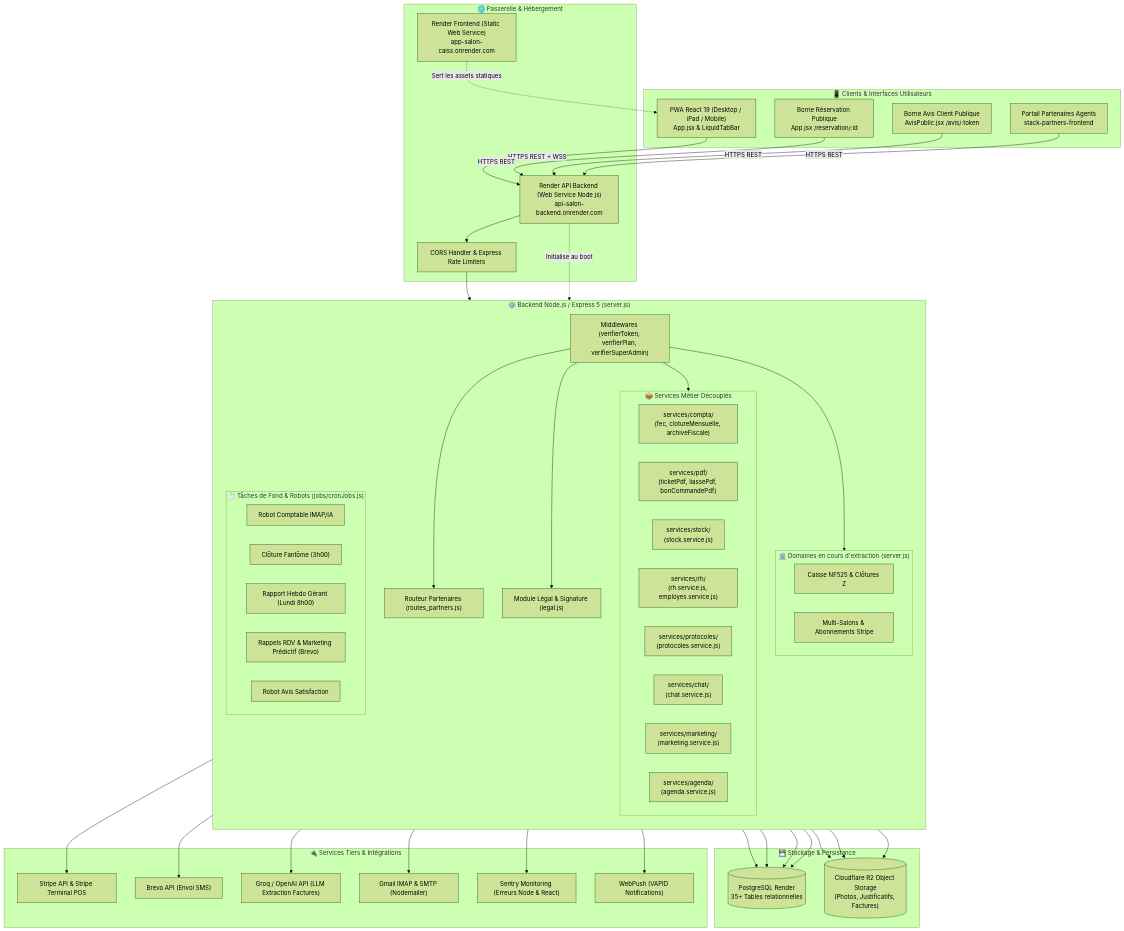
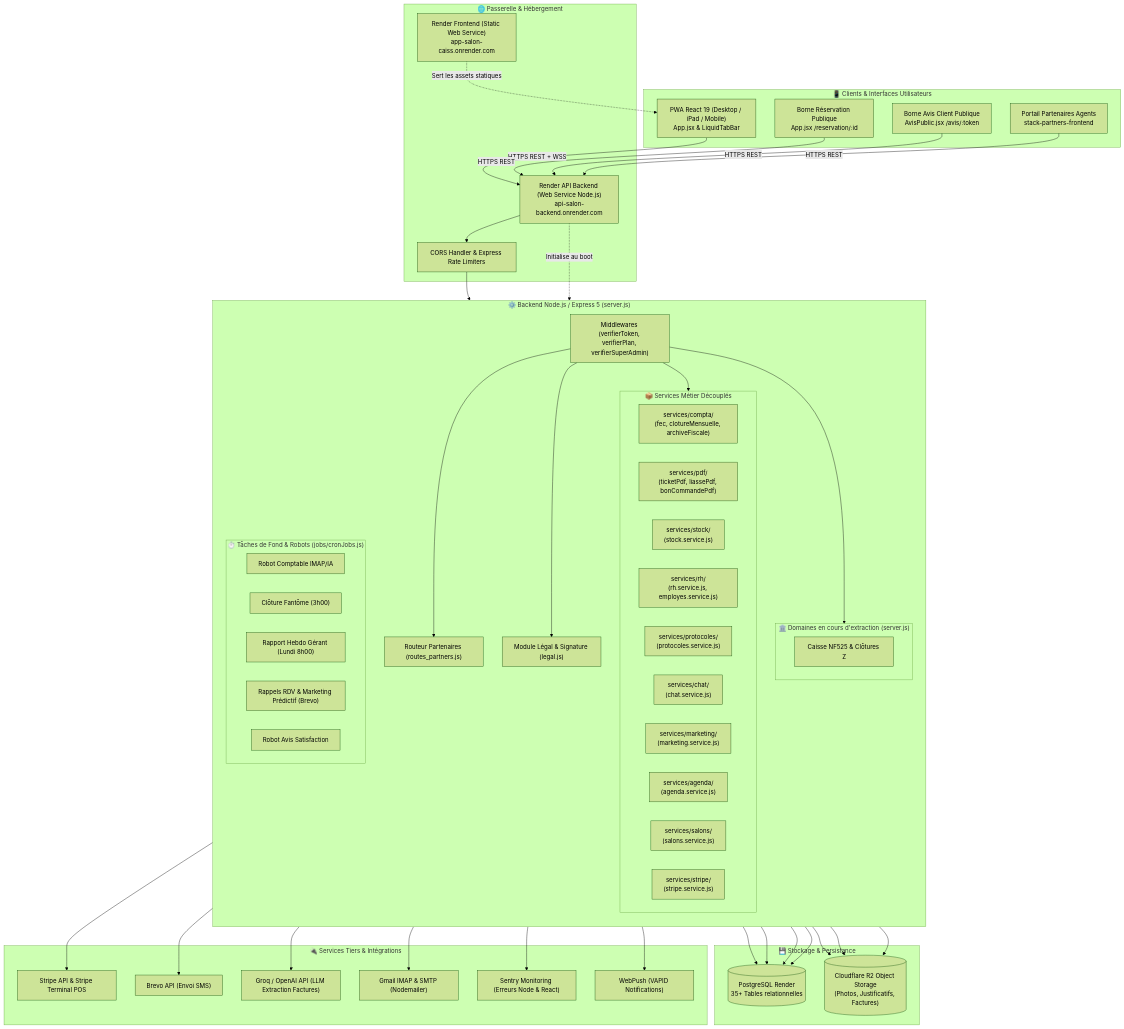
The first of 5 diagrams in docs/ARCHITECTURE.md (valentin-td/APP), drawn with Mermaid (forest theme) before and after one commit. The commit also changed other lines of this file and 5 other files, not shown here.

Commit message:
refactor: extraction des modules multi-salons, stripe et portabilite rgpd (services/salons, services/stripe)

```diff
--- a/docs/ARCHITECTURE.md
+++ b/docs/ARCHITECTURE.md
@@ -53,11 +53,12 @@
             SRV_Chat["services/chat/<br/>(chat.service.js)"]
             SRV_Mktg["services/marketing/<br/>(marketing.service.js)"]
             SRV_Agenda["services/agenda/<br/>(agenda.service.js)"]
+            SRV_Salons["services/salons/<br/>(salons.service.js)"]
+            SRV_Stripe["services/stripe/<br/>(stripe.service.js)"]
         end
 
         subgraph CoreMonolith["🏛️ Domaines en cours d'extraction (server.js)"]
             DomainCaisse["Caisse NF525 & Clôtures Z"]
-            DomainSalons["Multi-Salons & Abonnements Stripe"]
         end
 
         subgraph BackgroundJobs["⏱️ Tâches de Fond & Robots (jobs/cronJobs.js)"]
```
